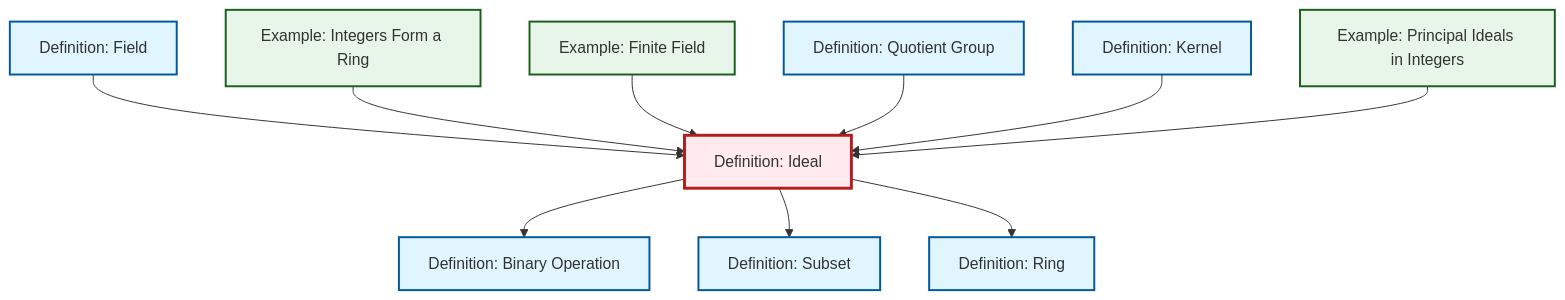
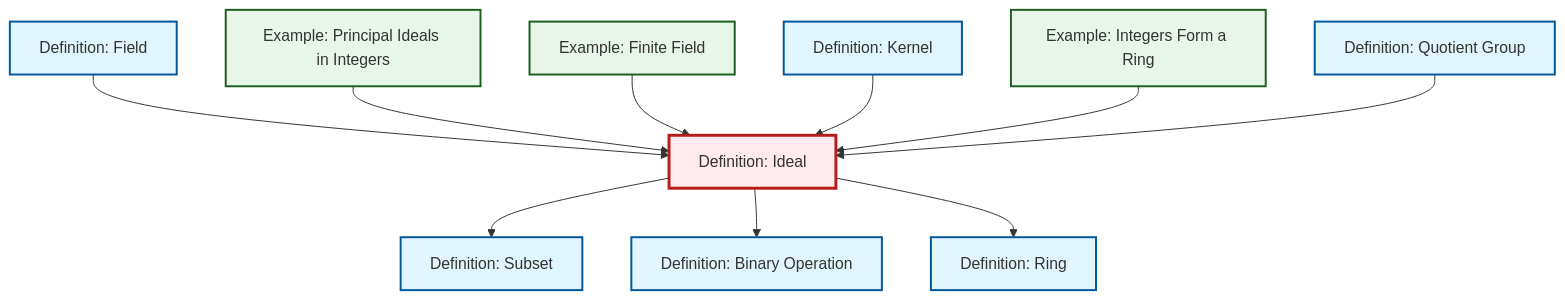
One commit to RK0429/ModernMath changed the diagram in content/ja/algebra/def-ideal.qmd. Above: the diagram before and after it, drawn with Mermaid. The commit also changed other lines of this file and 491 other files, not shown here.

````diff
--- a/content/ja/algebra/def-ideal.qmd
+++ b/content/ja/algebra/def-ideal.qmd
@@ -80,38 +80,38 @@
 ```{mermaid}
 %%| fig-cap: "Local dependency graph"
 graph TD
     classDef definition fill:#e1f5fe,stroke:#01579b,stroke-width:2px
     classDef theorem fill:#f3e5f5,stroke:#4a148c,stroke-width:2px
     classDef axiom fill:#fff3e0,stroke:#e65100,stroke-width:2px
     classDef example fill:#e8f5e9,stroke:#1b5e20,stroke-width:2px
     classDef current fill:#ffebee,stroke:#b71c1c,stroke-width:3px
+    def-binary-operation["Definition: Binary Operation"]:::definition
     def-kernel["Definition: Kernel"]:::definition
-    def-subset["Definition: Subset"]:::definition
-    def-ideal["Definition: Ideal"]:::definition
-    def-binary-operation["Definition: Binary Operation"]:::definition
-    def-field["Definition: Field"]:::definition
-    ex-integers-ring["Example: Integers Form a Ring"]:::example
-    def-ring["Definition: Ring"]:::definition
     ex-finite-field["Example: Finite Field"]:::example
     ex-principal-ideal["Example: Principal Ideals in Integers"]:::example
+    def-field["Definition: Field"]:::definition
+    def-ideal["Definition: Ideal"]:::definition
+    def-subset["Definition: Subset"]:::definition
+    def-ring["Definition: Ring"]:::definition
+    ex-integers-ring["Example: Integers Form a Ring"]:::example
     def-quotient-group["Definition: Quotient Group"]:::definition
+    def-ideal --> def-subset
     def-field --> def-ideal
-    ex-integers-ring --> def-ideal
+    ex-principal-ideal --> def-ideal
     ex-finite-field --> def-ideal
-    def-quotient-group --> def-ideal
     def-kernel --> def-ideal
     def-ideal --> def-binary-operation
-    def-ideal --> def-subset
-    ex-principal-ideal --> def-ideal
     def-ideal --> def-ring
+    ex-integers-ring --> def-ideal
+    def-quotient-group --> def-ideal
     class def-ideal current
+    click def-binary-operation "def-binary-operation.html" "Definition: Binary Operationへ"
     click def-kernel "def-kernel.html" "Definition: Kernelへ"
-    click def-subset "def-subset.html" "Definition: Subsetへ"
-    click def-binary-operation "def-binary-operation.html" "Definition: Binary Operationへ"
-    click def-field "def-field.html" "Definition: Fieldへ"
-    click ex-integers-ring "ex-integers-ring.html" "Example: Integers Form a Ringへ"
-    click def-ring "def-ring.html" "Definition: Ringへ"
     click ex-finite-field "ex-finite-field.html" "Example: Finite Fieldへ"
     click ex-principal-ideal "ex-principal-ideal.html" "Example: Principal Ideals in Integersへ"
+    click def-field "def-field.html" "Definition: Fieldへ"
+    click def-subset "def-subset.html" "Definition: Subsetへ"
+    click def-ring "def-ring.html" "Definition: Ringへ"
+    click ex-integers-ring "ex-integers-ring.html" "Example: Integers Form a Ringへ"
     click def-quotient-group "def-quotient-group.html" "Definition: Quotient Groupへ"
 ```
````
